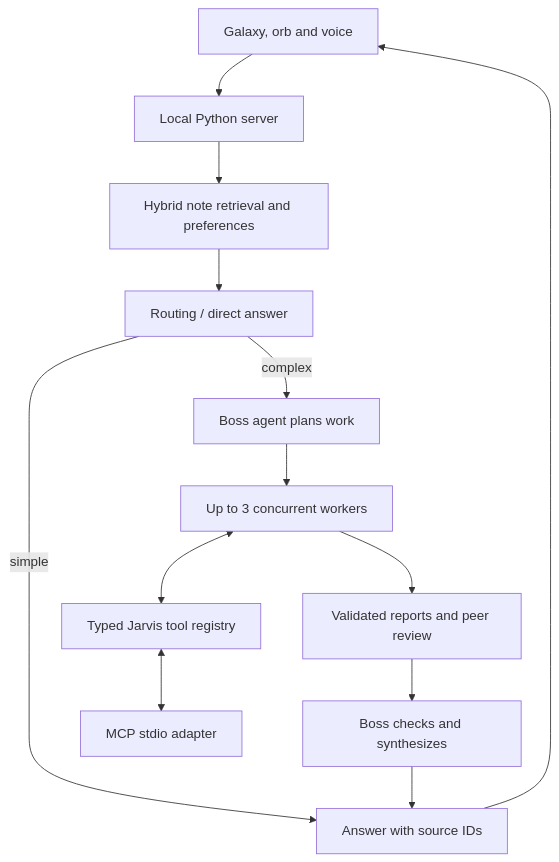
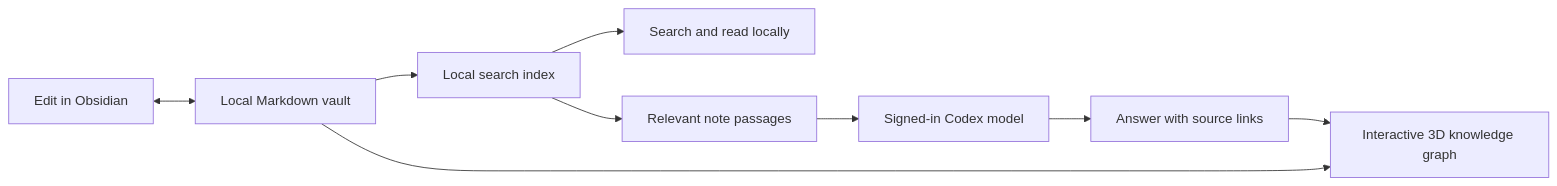
One commit to fwnivaen/git-jarvis changed the diagram in README.md. Above: the diagram before and after it, drawn with Mermaid. The commit also changed other lines of this file and 14 other files, not shown here.

````diff
--- a/README.md
+++ b/README.md
@@ -28,15 +16,11 @@
 ```mermaid
-flowchart TD
-    UI[Galaxy, orb and voice] --> HTTP[Local Python server]
-    HTTP --> Memory[Hybrid note retrieval and preferences]
-    Memory --> Route[Routing / direct answer]
-    Route -->|simple| Answer[Answer with source IDs]
-    Route -->|complex| Boss[Boss agent plans work]
-    Boss --> Workers[Up to 3 concurrent workers]
-    Workers --> Shared[Validated reports and peer review]
-    Shared --> Final[Boss checks and synthesizes]
-    Final --> Answer
-    Answer --> UI
-    Workers <--> Tools[Typed Jarvis tool registry]
-    Tools <--> MCP[MCP stdio adapter]
+flowchart LR
+    Obsidian[Edit in Obsidian] <--> Vault[Local Markdown vault]
+    Vault --> Index[Local search index]
+    Vault --> Galaxy[Interactive 3D knowledge graph]
+    Index --> Search[Search and read locally]
+    Index --> Context[Relevant note passages]
+    Context --> Codex[Signed-in Codex model]
+    Codex --> Answer[Answer with source links]
+    Answer --> Galaxy
 ```
````
